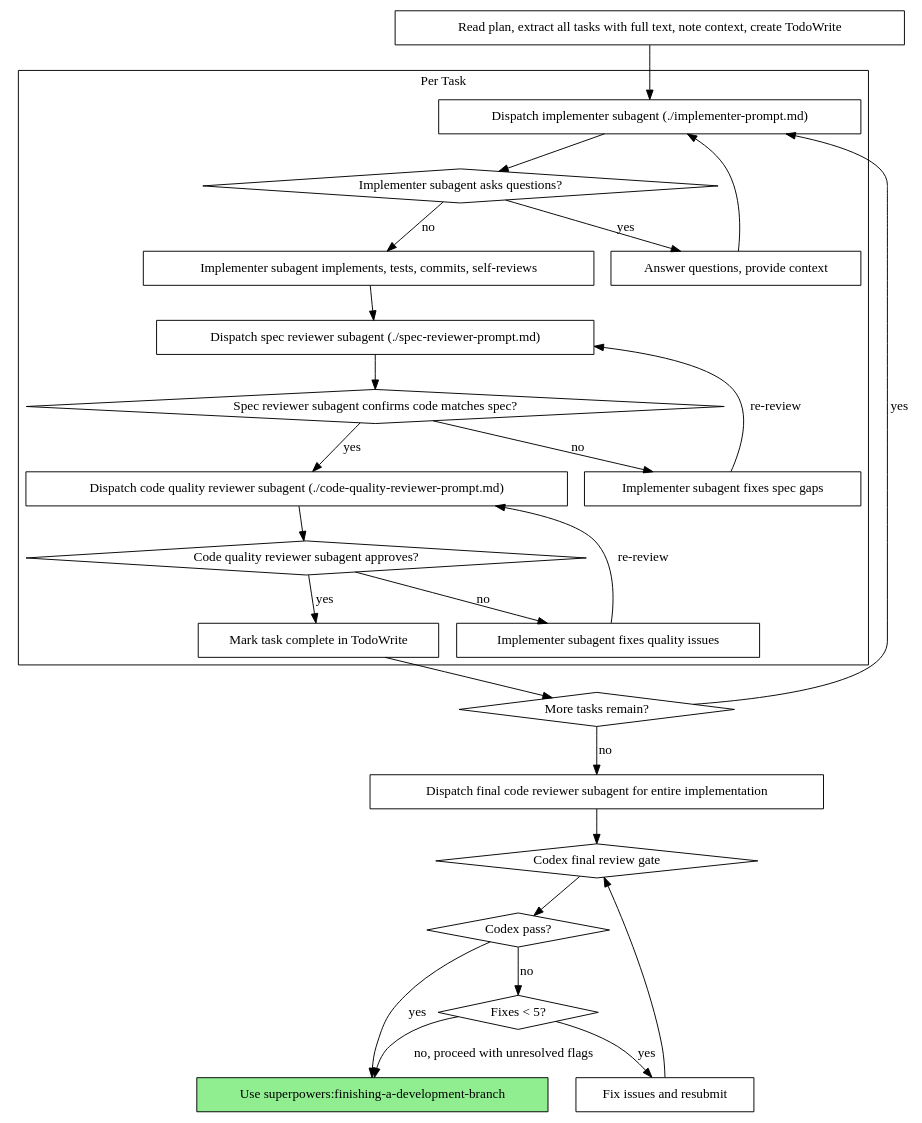
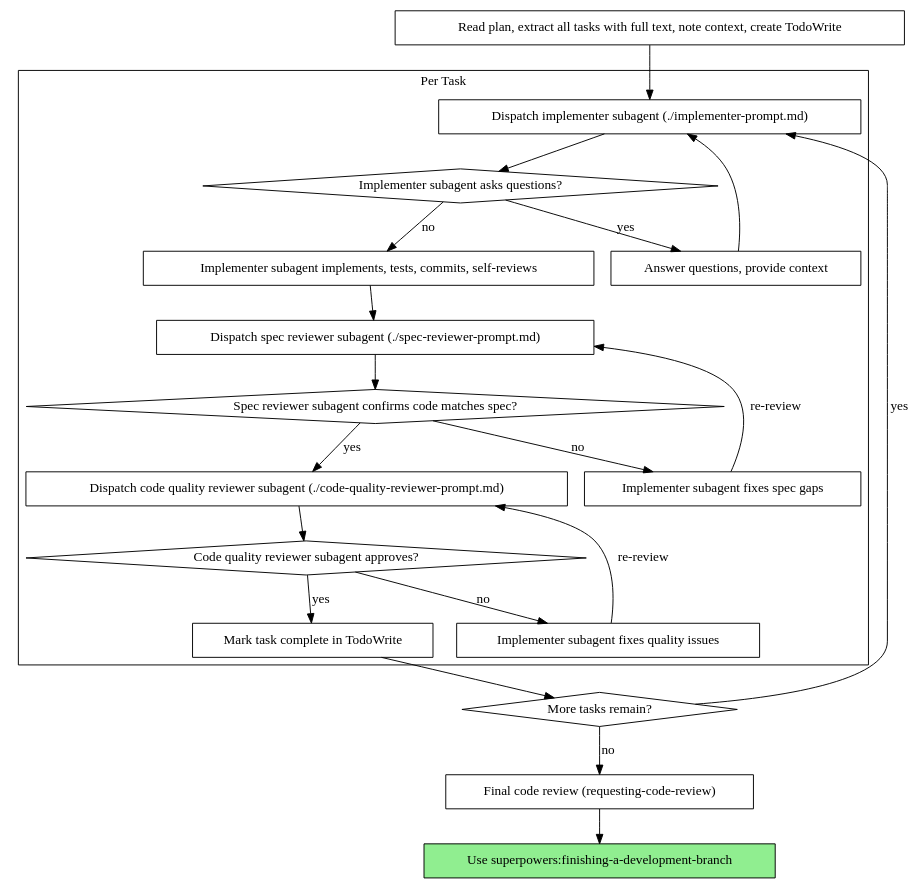
Before and after one commit to ebitoro/superpowers: the second of 2 diagrams in skills/subagent-driven-development/SKILL.md, drawn with Graphviz. The commit also changed other lines of this file and 2 other files, not shown here.

First line of the commit message:
refactor(codex): consolidate Codex review gate into requesting-code-review skill

````diff
--- a/skills/subagent-driven-development/SKILL.md
+++ b/skills/subagent-driven-development/SKILL.md
@@ -46,54 +46,44 @@
 ```dot
 digraph process {
     rankdir=TB;
 
     subgraph cluster_per_task {
         label="Per Task";
         "Dispatch implementer subagent (./implementer-prompt.md)" [shape=box];
         "Implementer subagent asks questions?" [shape=diamond];
         "Answer questions, provide context" [shape=box];
         "Implementer subagent implements, tests, commits, self-reviews" [shape=box];
         "Dispatch spec reviewer subagent (./spec-reviewer-prompt.md)" [shape=box];
         "Spec reviewer subagent confirms code matches spec?" [shape=diamond];
         "Implementer subagent fixes spec gaps" [shape=box];
         "Dispatch code quality reviewer subagent (./code-quality-reviewer-prompt.md)" [shape=box];
         "Code quality reviewer subagent approves?" [shape=diamond];
         "Implementer subagent fixes quality issues" [shape=box];
         "Mark task complete in TodoWrite" [shape=box];
     }
 
     "Read plan, extract all tasks with full text, note context, create TodoWrite" [shape=box];
     "More tasks remain?" [shape=diamond];
-    "Dispatch final code reviewer subagent for entire implementation" [shape=box];
-    "Codex final review gate" [shape=diamond];
-    "Codex pass?" [shape=diamond];
-    "Fixes < 5?" [shape=diamond];
-    "Fix issues and resubmit" [shape=box];
+    "Final code review (requesting-code-review)" [shape=box];
     "Use superpowers:finishing-a-development-branch" [shape=box style=filled fillcolor=lightgreen];
 
     "Read plan, extract all tasks with full text, note context, create TodoWrite" -> "Dispatch implementer subagent (./implementer-prompt.md)";
     "Dispatch implementer subagent (./implementer-prompt.md)" -> "Implementer subagent asks questions?";
     "Implementer subagent asks questions?" -> "Answer questions, provide context" [label="yes"];
     "Answer questions, provide context" -> "Dispatch implementer subagent (./implementer-prompt.md)";
     "Implementer subagent asks questions?" -> "Implementer subagent implements, tests, commits, self-reviews" [label="no"];
     "Implementer subagent implements, tests, commits, self-reviews" -> "Dispatch spec reviewer subagent (./spec-reviewer-prompt.md)";
     "Dispatch spec reviewer subagent (./spec-reviewer-prompt.md)" -> "Spec reviewer subagent confirms code matches spec?";
     "Spec reviewer subagent confirms code matches spec?" -> "Implementer subagent fixes spec gaps" [label="no"];
     "Implementer subagent fixes spec gaps" -> "Dispatch spec reviewer subagent (./spec-reviewer-prompt.md)" [label="re-review"];
     "Spec reviewer subagent confirms code matches spec?" -> "Dispatch code quality reviewer subagent (./code-quality-reviewer-prompt.md)" [label="yes"];
     "Dispatch code quality reviewer subagent (./code-quality-reviewer-prompt.md)" -> "Code quality reviewer subagent approves?";
     "Code quality reviewer subagent approves?" -> "Implementer subagent fixes quality issues" [label="no"];
     "Implementer subagent fixes quality issues" -> "Dispatch code quality reviewer subagent (./code-quality-reviewer-prompt.md)" [label="re-review"];
     "Code quality reviewer subagent approves?" -> "Mark task complete in TodoWrite" [label="yes"];
     "Mark task complete in TodoWrite" -> "More tasks remain?";
     "More tasks remain?" -> "Dispatch implementer subagent (./implementer-prompt.md)" [label="yes"];
-    "More tasks remain?" -> "Dispatch final code reviewer subagent for entire implementation" [label="no"];
-    "Dispatch final code reviewer subagent for entire implementation" -> "Codex final review gate";
-    "Codex final review gate" -> "Codex pass?";
-    "Codex pass?" -> "Use superpowers:finishing-a-development-branch" [label="yes"];
-    "Codex pass?" -> "Fixes < 5?" [label="no"];
-    "Fixes < 5?" -> "Fix issues and resubmit" [label="yes"];
-    "Fix issues and resubmit" -> "Codex final review gate";
-    "Fixes < 5?" -> "Use superpowers:finishing-a-development-branch" [label="no, proceed with unresolved flags"];
+    "More tasks remain?" -> "Final code review (requesting-code-review)" [label="no"];
+    "Final code review (requesting-code-review)" -> "Use superpowers:finishing-a-development-branch";
 }
 ```
````
